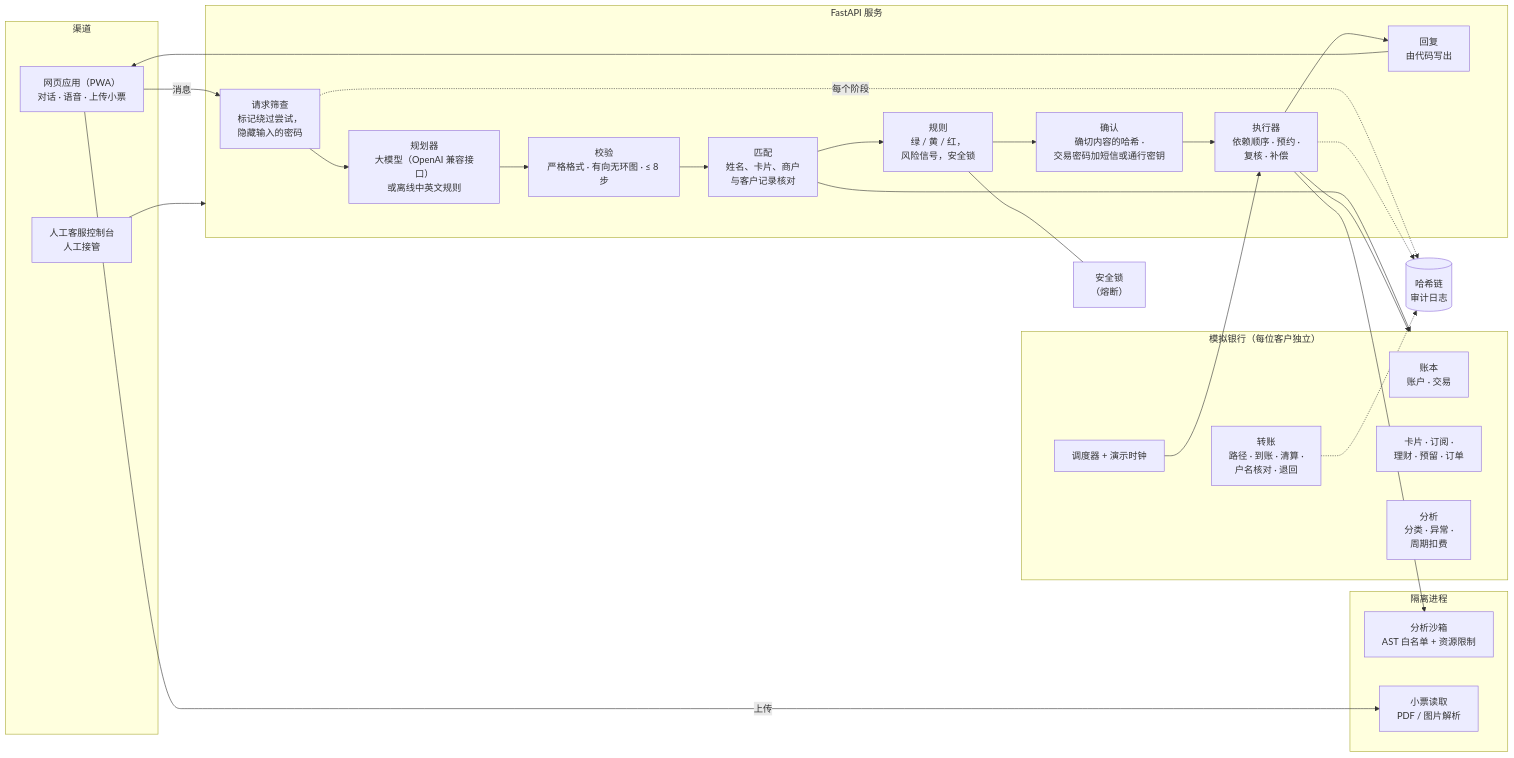
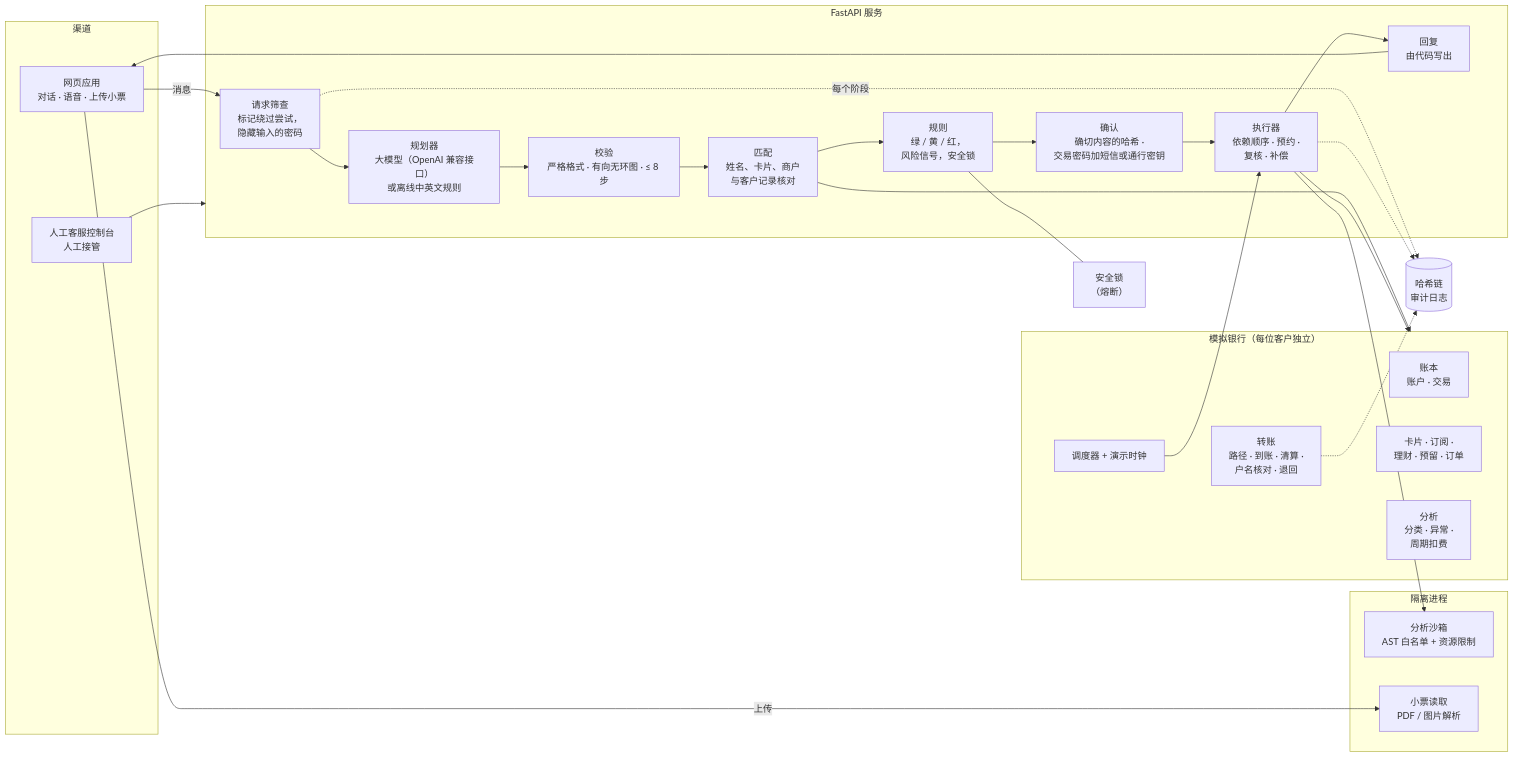
Before and after one commit to thedarkich/fintechathon-agent: the diagram in docs/ARCHITECTURE.zh.md, drawn with Mermaid. The commit also changed other lines of this file and 19 other files, not shown here.

````diff
--- a/docs/ARCHITECTURE.zh.md
+++ b/docs/ARCHITECTURE.zh.md
@@ -9,46 +9,46 @@
 ```mermaid
 flowchart LR
   subgraph 渠道
-    WEB["网页应用（PWA）<br/>对话 · 语音 · 上传小票"]
+    WEB["网页应用<br/>对话 · 语音 · 上传小票"]
     OPS["人工客服控制台<br/>人工接管"]
   end
 
   subgraph API["FastAPI 服务"]
     SCR["请求筛查<br/>标记绕过尝试，<br/>隐藏输入的密码"]
     PLN["规划器<br/>大模型（OpenAI 兼容接口）<br/>或离线中英文规则"]
     VAL["校验<br/>严格格式 · 有向无环图 · ≤ 8 步"]
     RES["匹配<br/>姓名、卡片、商户<br/>与客户记录核对"]
     POL["规则<br/>绿 / 黄 / 红，<br/>风险信号，安全锁"]
     APR["确认<br/>确切内容的哈希 ·<br/>交易密码加短信或通行密钥"]
     EXE["执行器<br/>依赖顺序 · 预约 ·<br/>复核 · 补偿"]
     REP["回复<br/>由代码写出"]
   end
 
   subgraph Bank["模拟银行（每位客户独立）"]
     LED["账本<br/>账户 · 交易"]
     TRF["转账<br/>路径 · 到账 · 清算 ·<br/>户名核对 · 退回"]
     PRD["卡片 · 订阅 ·<br/>理财 · 预留 · 订单"]
     ANA["分析<br/>分类 · 异常 ·<br/>周期扣费"]
     CLK["调度器 + 演示时钟"]
   end
 
   subgraph Isolated["隔离进程"]
     SBX["分析沙箱<br/>AST 白名单 + 资源限制"]
     ING["小票读取<br/>PDF / 图片解析"]
   end
 
   AUD[("哈希链<br/>审计日志")]
   LCK["安全锁<br/>（熔断）"]
 
   WEB -->|消息| SCR --> PLN --> VAL --> RES --> POL --> APR --> EXE --> REP --> WEB
   WEB -->|上传| ING
   RES --> Bank
   EXE --> Bank
   EXE --> SBX
   CLK --> EXE
   POL --- LCK
   SCR -. 每个阶段 .-> AUD
   EXE -.-> AUD
   TRF -.-> AUD
   OPS --> API
 ```
````
